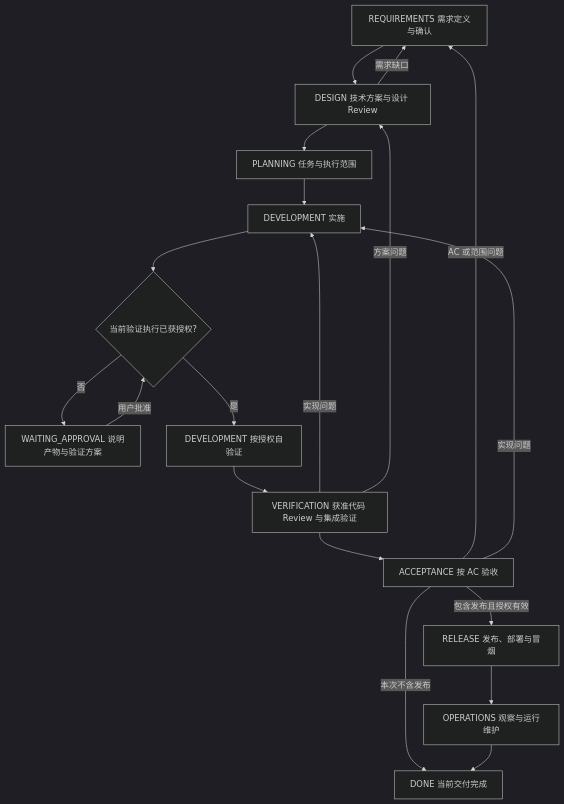
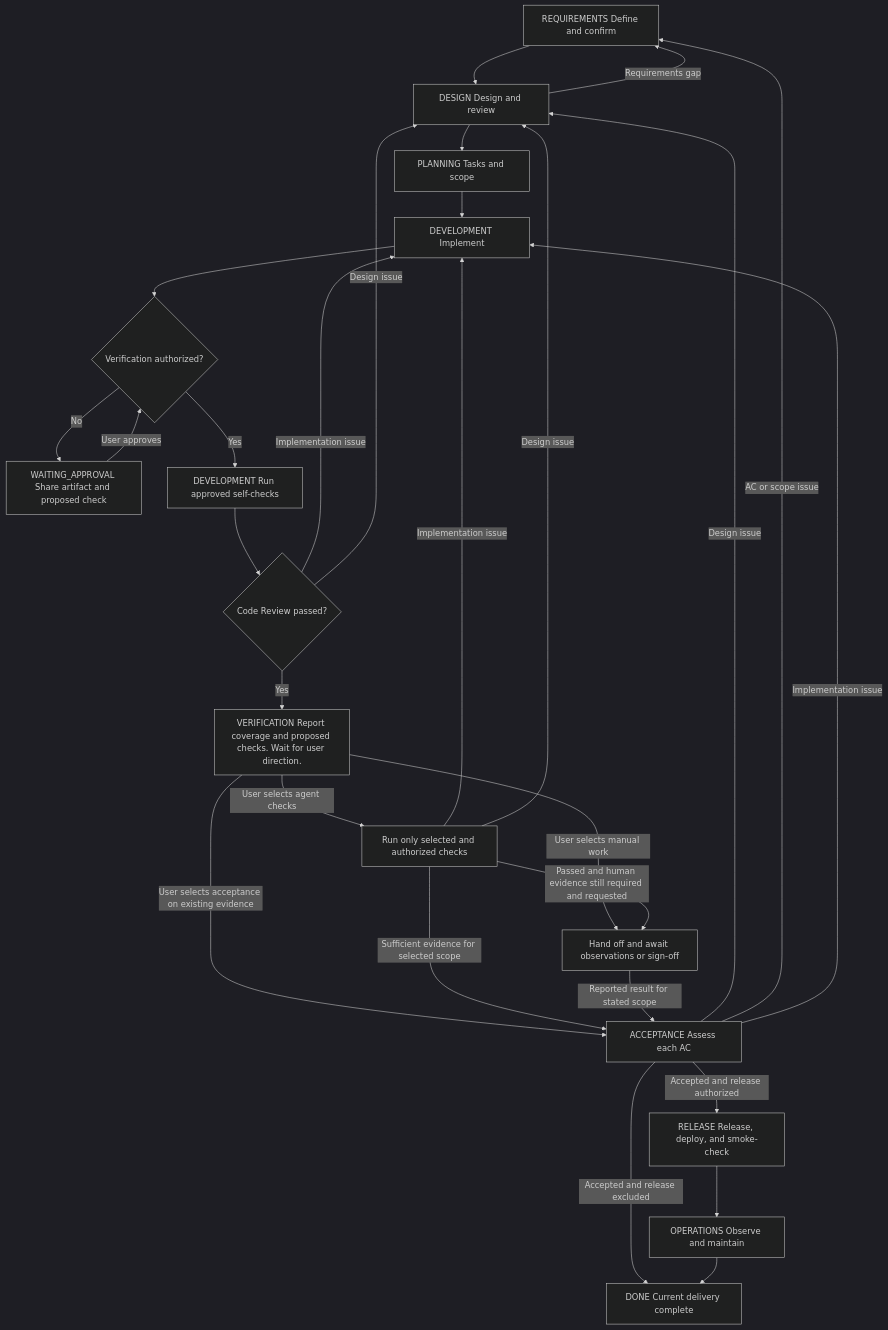
One commit to Auhyuan/DevHIM changed the diagram in skill/career/P-SOP/references/workflow.md. Above: the diagram before and after it, drawn with Mermaid (dark theme). The commit also changed other lines of this file and 11 other files, not shown here.

````diff
--- a/skill/career/P-SOP/references/workflow.md
+++ b/skill/career/P-SOP/references/workflow.md
@@ -5,21 +5,30 @@
 ```mermaid
 flowchart TD
-    R[REQUIREMENTS 需求定义与确认] --> D[DESIGN 技术方案与设计 Review]
-    D --> P[PLANNING 任务与执行范围]
-    P --> C[DEVELOPMENT 实施]
-    C --> G{当前验证执行已获授权?}
-    G -->|否| W[WAITING_APPROVAL 说明产物与验证方案]
-    W -->|用户批准| G
-    G -->|是| S[DEVELOPMENT 按授权自验证]
-    S --> V[VERIFICATION 获准代码 Review 与集成验证]
-    V --> A[ACCEPTANCE 按 AC 验收]
-    A -->|本次不含发布| F[DONE 当前交付完成]
-    A -->|包含发布且授权有效| L[RELEASE 发布、部署与冒烟]
-    L --> O[OPERATIONS 观察与运行维护]
+    R[REQUIREMENTS Define and confirm] --> D[DESIGN Design and review]
+    D --> P[PLANNING Tasks and scope]
+    P --> C[DEVELOPMENT Implement]
+    C --> G{Verification authorized?}
+    G -->|No| W[WAITING_APPROVAL Share artifact and proposed check]
+    W -->|User approves| G
+    G -->|Yes| S[DEVELOPMENT Run approved self-checks]
+    S --> V{Code Review passed?}
+    V -->|Yes| H[VERIFICATION Report coverage and proposed checks. Wait for user direction.]
+    H -->|User selects agent checks| I[Run only selected and authorized checks]
+    H -->|User selects manual work| U[Hand off and await observations or sign-off]
+    H -->|User selects acceptance on existing evidence| A[ACCEPTANCE Assess each AC]
+    I -->|Passed and human evidence still required and requested| U
+    I -->|Sufficient evidence for selected scope| A
+    U -->|Reported result for stated scope| A
+    I -->|Implementation issue| C
+    I -->|Design issue| D
+    A -->|Accepted and release excluded| F[DONE Current delivery complete]
+    A -->|Accepted and release authorized| L[RELEASE Release, deploy, and smoke-check]
+    L --> O[OPERATIONS Observe and maintain]
     O --> F
-    D -->|需求缺口| R
-    V -->|实现问题| C
-    V -->|方案问题| D
-    A -->|AC 或范围问题| R
-    A -->|实现问题| C
+    D -->|Requirements gap| R
+    V -->|Implementation issue| C
+    V -->|Design issue| D
+    A -->|Design issue| D
+    A -->|AC or scope issue| R
+    A -->|Implementation issue| C
 ```
````
